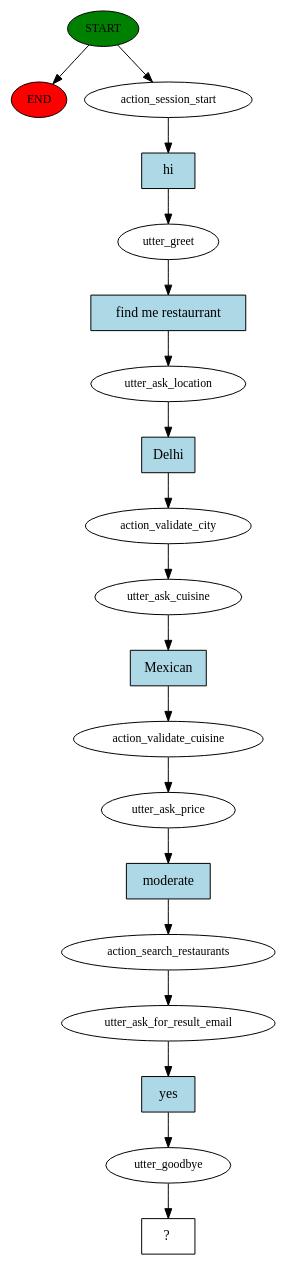
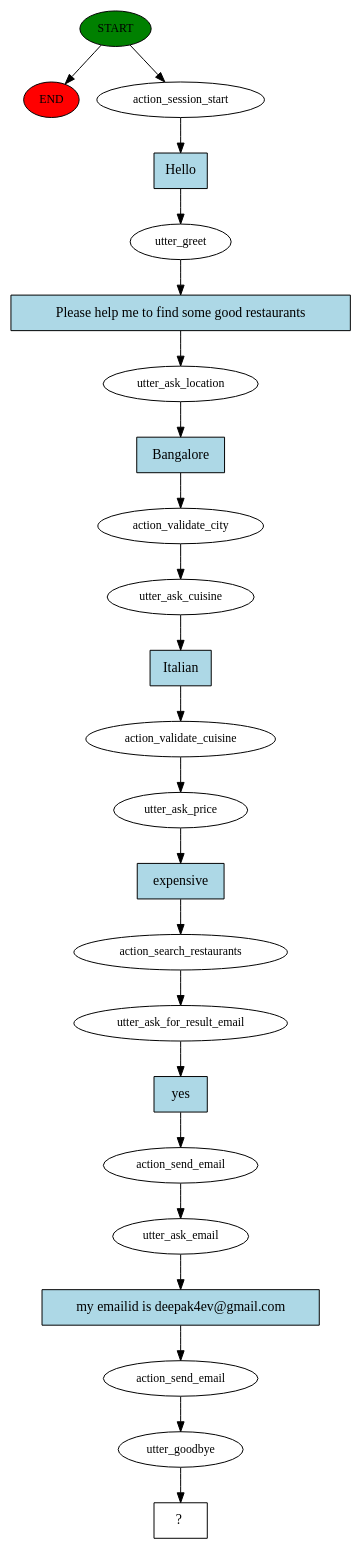
Before and after one commit to ashwanikumar04/rasa-chatbot: the diagram in story_graph.dot, drawn with Graphviz. The commit also changed 2 other files, not shown here.

```diff
--- a/story_graph.dot
+++ b/story_graph.dot
@@ -1,39 +1,47 @@
 digraph  {
 0 [class="start active", fillcolor=green, fontsize=12, label=START, style=filled];
 "-1" [class=end, fillcolor=red, fontsize=12, label=END, style=filled];
 1 [class=active, fontsize=12, label=action_session_start];
 2 [class=active, fontsize=12, label=utter_greet];
 3 [class=active, fontsize=12, label=utter_ask_location];
 4 [class=active, fontsize=12, label=action_validate_city];
 5 [class=active, fontsize=12, label=utter_ask_cuisine];
 6 [class=active, fontsize=12, label=action_validate_cuisine];
 7 [class=active, fontsize=12, label=utter_ask_price];
 8 [class=active, fontsize=12, label=action_search_restaurants];
 9 [class=active, fontsize=12, label=utter_ask_for_result_email];
-10 [class=active, fontsize=12, label=utter_goodbye];
-11 [class="intent dashed active", label="  ?  ", shape=rect];
-12 [class="intent active", fillcolor=lightblue, label=hi, shape=rect, style=filled];
-13 [class="intent active", fillcolor=lightblue, label="find me restaurrant", shape=rect, style=filled];
-14 [class="intent active", fillcolor=lightblue, label=Delhi, shape=rect, style=filled];
-15 [class="intent active", fillcolor=lightblue, label=Mexican, shape=rect, style=filled];
-16 [class="intent active", fillcolor=lightblue, label=moderate, shape=rect, style=filled];
-17 [class="intent active", fillcolor=lightblue, label=yes, shape=rect, style=filled];
+10 [class=active, fontsize=12, label=action_send_email];
+11 [class=active, fontsize=12, label=utter_ask_email];
+12 [class=active, fontsize=12, label=action_send_email];
+13 [class=active, fontsize=12, label=utter_goodbye];
+14 [class="intent dashed active", label="  ?  ", shape=rect];
+15 [class="intent active", fillcolor=lightblue, label=Hello, shape=rect, style=filled];
+16 [class="intent active", fillcolor=lightblue, label="Please help me to find some good restaurants", shape=rect, style=filled];
+17 [class="intent active", fillcolor=lightblue, label=Bangalore, shape=rect, style=filled];
+18 [class="intent active", fillcolor=lightblue, label=Italian, shape=rect, style=filled];
+19 [class="intent active", fillcolor=lightblue, label=expensive, shape=rect, style=filled];
+20 [class="intent active", fillcolor=lightblue, label=yes, shape=rect, style=filled];
+21 [class="intent active", fillcolor=lightblue, label="my emailid is deepak4ev@gmail.com", shape=rect, style=filled];
 0 -> "-1"  [class="", key=NONE, label=""];
 0 -> 1  [class=active, key=NONE, label=""];
-1 -> 12  [class=active, key=0];
-2 -> 13  [class=active, key=0];
-3 -> 14  [class=active, key=0];
+1 -> 15  [class=active, key=0];
+2 -> 16  [class=active, key=0];
+3 -> 17  [class=active, key=0];
 4 -> 5  [class=active, key=NONE, label=""];
-5 -> 15  [class=active, key=0];
+5 -> 18  [class=active, key=0];
 6 -> 7  [class=active, key=NONE, label=""];
-7 -> 16  [class=active, key=0];
+7 -> 19  [class=active, key=0];
 8 -> 9  [class=active, key=NONE, label=""];
-9 -> 17  [class=active, key=0];
+9 -> 20  [class=active, key=0];
 10 -> 11  [class=active, key=NONE, label=""];
-12 -> 2  [class=active, key=0];
-13 -> 3  [class=active, key=0];
-14 -> 4  [class=active, key=0];
-15 -> 6  [class=active, key=0];
-16 -> 8  [class=active, key=0];
-17 -> 10  [class=active, key=0];
+11 -> 21  [class=active, key=0];
+12 -> 13  [class=active, key=NONE, label=""];
+13 -> 14  [class=active, key=NONE, label=""];
+15 -> 2  [class=active, key=0];
+16 -> 3  [class=active, key=0];
+17 -> 4  [class=active, key=0];
+18 -> 6  [class=active, key=0];
+19 -> 8  [class=active, key=0];
+20 -> 10  [class=active, key=0];
+21 -> 12  [class=active, key=0];
 }
```
